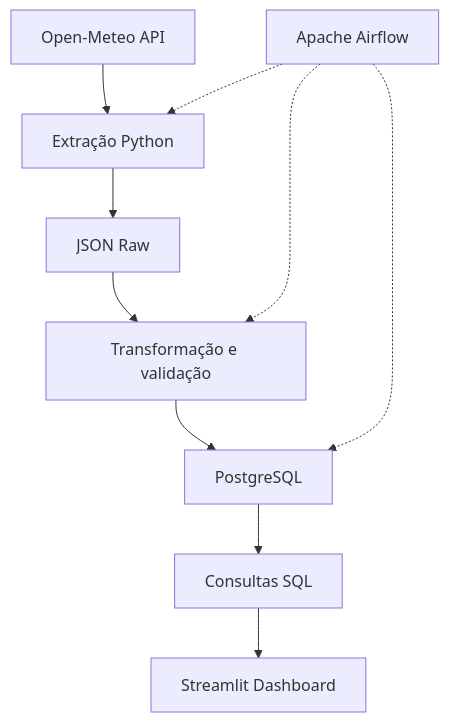
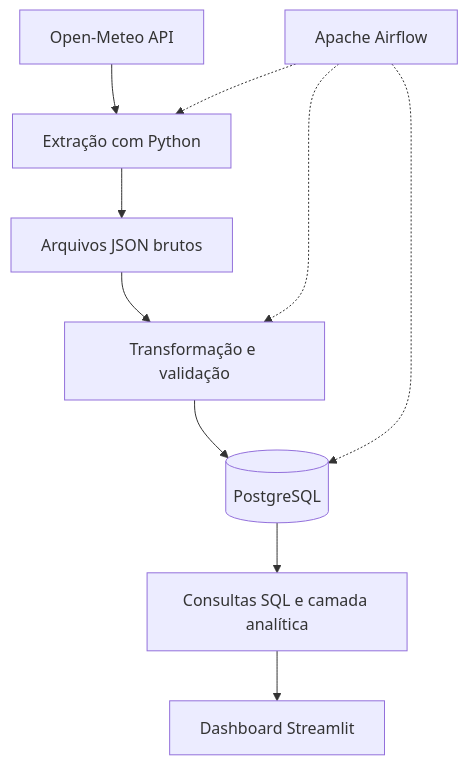
Before and after one commit to rafaelporfiriobarros/weatherflow: the diagram in README.md, drawn with Mermaid. The commit also changed other lines of this file, not shown here.

````diff
--- a/README.md
+++ b/README.md
@@ -63,13 +48,12 @@
 ```mermaid
 flowchart TD
-    A["Open-Meteo API"] --> B["Extração Python"]
-    B --> C["JSON Raw"]
+    A["Open-Meteo API"] --> B["Extração com Python"]
+    B --> C["Arquivos JSON brutos"]
     C --> D["Transformação e validação"]
-    D --> E["PostgreSQL"]
-    E --> F["Consultas SQL"]
-    F --> G["Streamlit Dashboard"]
-
+    D --> E[("PostgreSQL")]
+    E --> F["Consultas SQL e camada analítica"]
+    F --> G["Dashboard Streamlit"]
     H["Apache Airflow"] -.-> B
     H -.-> D
     H -.-> E
 ```
````
